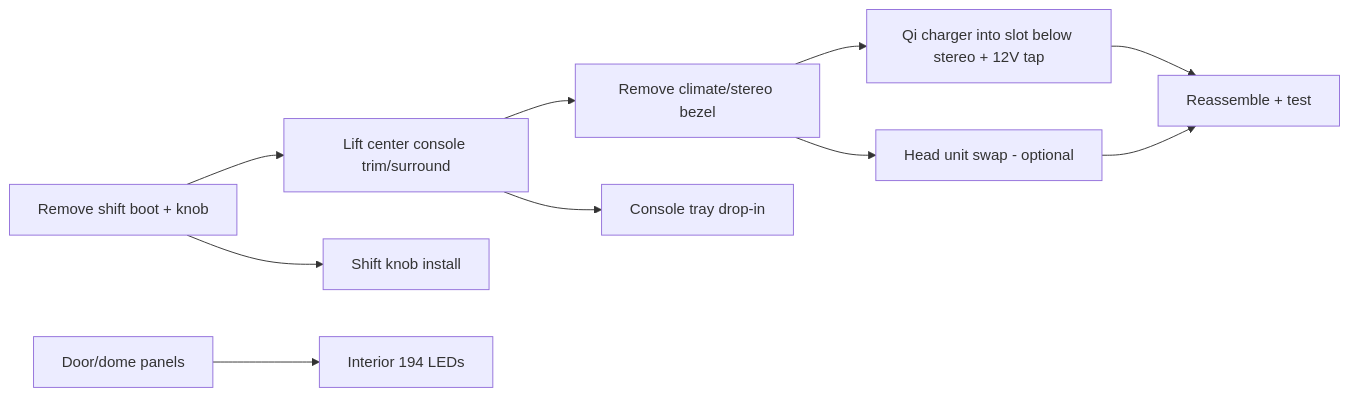
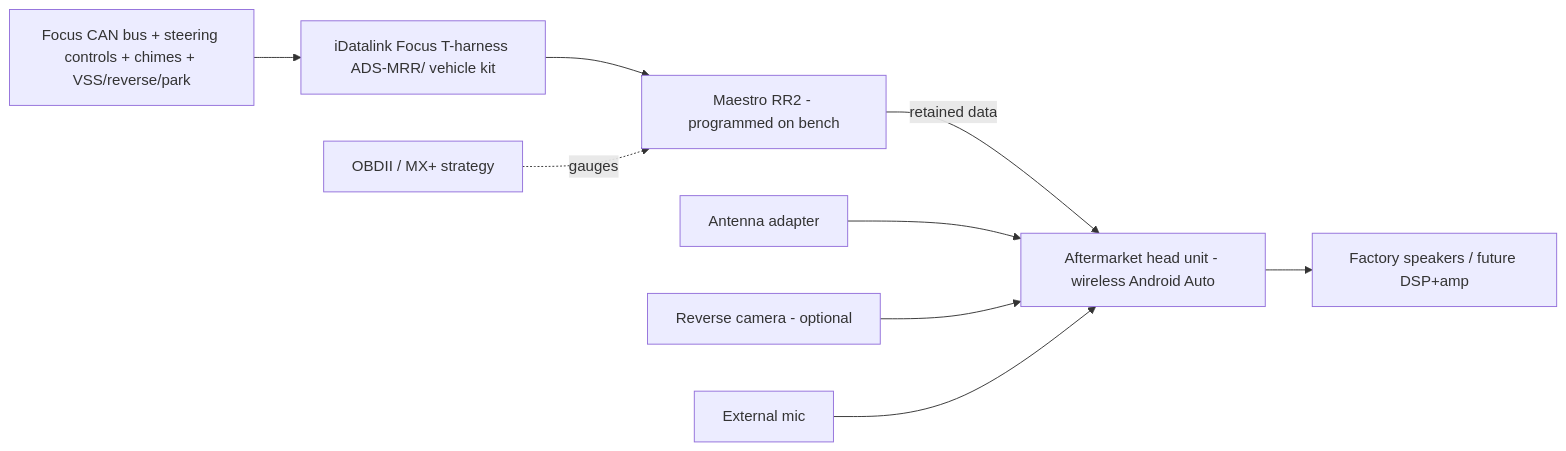
One commit to 2smok3d/focus-st changed the first of 2 diagrams in docs/projects/cockpit-electronics.md. Above: the diagram before and after it, drawn with Mermaid. The commit also changed other lines of this file and 2 other files, not shown here.

First line of the commit message:
docs: reconcile with FFST vault; rebuild Cockpit around head unit + Maestro RR2

````diff
--- a/docs/projects/cockpit-electronics.md
+++ b/docs/projects/cockpit-electronics.md
@@ -13,12 +14,11 @@
 ```mermaid
 flowchart LR
-    A[Remove shift boot + knob] --> B[Lift center console trim/surround]
-    B --> C[Remove climate/stereo bezel]
-    C --> D1[Qi charger into slot below stereo + 12V tap]
-    C --> D2[Head unit swap - optional]
-    B --> D3[Console tray drop-in]
-    A --> D4[Shift knob install]
-    E[Door/dome panels] --> D5[Interior 194 LEDs]
-    D1 --> F[Reassemble + test]
-    D2 --> F
+    CAR[Focus CAN bus + steering controls + chimes + VSS/reverse/park] --> HRN[iDatalink Focus T-harness ADS-MRR/ vehicle kit]
+    HRN --> RR2[Maestro RR2 - programmed on bench]
+    RR2 -->|retained data| HU[Aftermarket head unit - wireless Android Auto]
+    OBD[OBDII / MX+ strategy] -. gauges .-> RR2
+    ANT[Antenna adapter] --> HU
+    CAM[Reverse camera - optional] --> HU
+    MIC[External mic] --> HU
+    HU --> SPK[Factory speakers / future DSP+amp]
 ```
````
